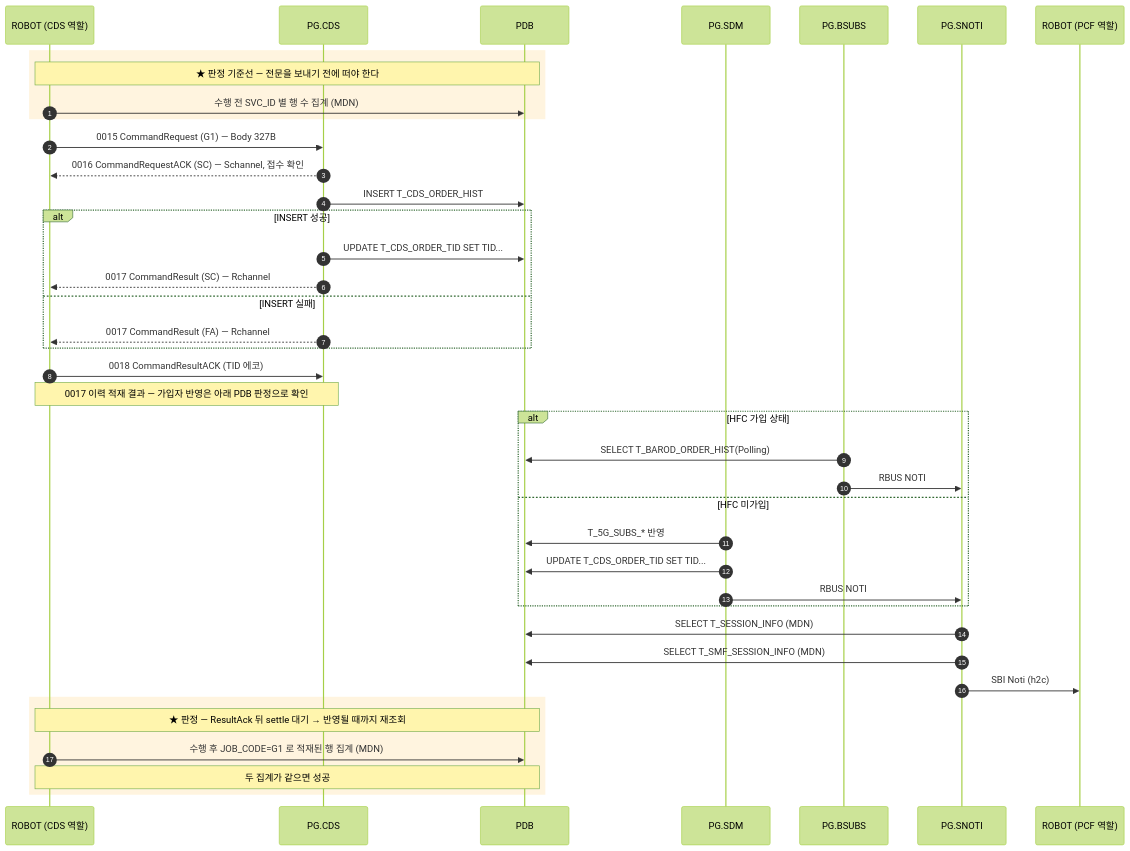
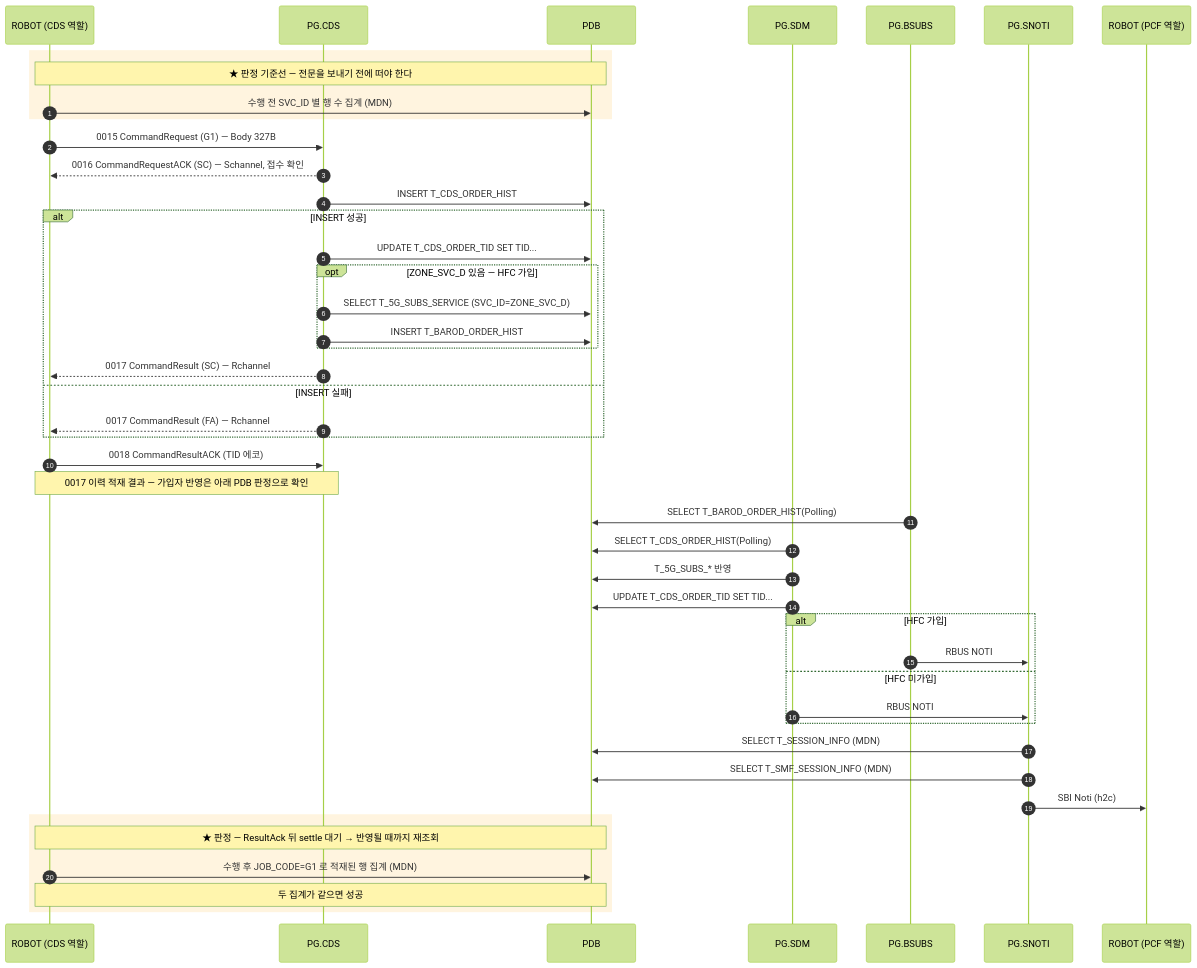
The diagram in docs/callflow/CDS_G1.md (IanKim2030/tc4robot), drawn with Mermaid (forest theme) before and after one commit. The commit also changed 6 other files, not shown here.

First line of the commit message:
docs: HFC 지시를 PG.CDS 로 옮기고 C1/G1/D3/Z1 을 한 갈래로

````diff
--- a/docs/callflow/CDS_G1.md
+++ b/docs/callflow/CDS_G1.md
@@ -17,44 +17,49 @@
 ```mermaid
 sequenceDiagram
     autonumber
     participant TOOL as ROBOT (CDS 역할)
     participant PCDS as PG.CDS
     participant PDB as PDB
     participant SDM as PG.SDM
     participant BSUBS as PG.BSUBS
     participant SNOTI as PG.SNOTI
     participant PCF as ROBOT (PCF 역할)
 
     rect rgba(255, 176, 32, 0.14)
     Note over TOOL,PDB: ★ 판정 기준선 — 전문을 보내기 전에 떠야 한다
         TOOL->>PDB: 수행 전 SVC_ID 별 행 수 집계 (MDN)
     end
     TOOL->>PCDS: 0015 CommandRequest (G1) — Body 327B
     PCDS-->>TOOL: 0016 CommandRequestACK (SC) — Schannel, 접수 확인
     PCDS->>PDB: INSERT T_CDS_ORDER_HIST
     alt INSERT 성공
         PCDS->>PDB: UPDATE T_CDS_ORDER_TID SET TID...
+        opt ZONE_SVC_D 있음 — HFC 가입
+            PCDS->>PDB: SELECT T_5G_SUBS_SERVICE (SVC_ID=ZONE_SVC_D)
+            PCDS->>PDB: INSERT T_BAROD_ORDER_HIST
+        end
         PCDS-->>TOOL: 0017 CommandResult (SC) — Rchannel
     else INSERT 실패
         PCDS-->>TOOL: 0017 CommandResult (FA) — Rchannel
     end
     TOOL->>PCDS: 0018 CommandResultACK (TID 에코)
     Note over TOOL,PCDS: 0017 이력 적재 결과 — 가입자 반영은 아래 PDB 판정으로 확인
 
-    alt HFC 가입 상태
-        BSUBS->>PDB: SELECT T_BAROD_ORDER_HIST(Polling)
+    BSUBS->>PDB: SELECT T_BAROD_ORDER_HIST(Polling)
+    SDM->>PDB: SELECT T_CDS_ORDER_HIST(Polling)
+    SDM->>PDB: T_5G_SUBS_* 반영
+    SDM->>PDB: UPDATE T_CDS_ORDER_TID SET TID...
+    alt HFC 가입
         BSUBS->>SNOTI: RBUS NOTI
     else HFC 미가입
-        SDM->>PDB: T_5G_SUBS_* 반영
-        SDM->>PDB: UPDATE T_CDS_ORDER_TID SET TID...
         SDM->>SNOTI: RBUS NOTI
     end
     SNOTI->>PDB: SELECT T_SESSION_INFO (MDN)
     SNOTI->>PDB: SELECT T_SMF_SESSION_INFO (MDN)
     SNOTI->>PCF: SBI Noti (h2c)
     rect rgba(255, 176, 32, 0.14)
     Note over TOOL,PDB: ★ 판정 — ResultAck 뒤 settle 대기 → 반영될 때까지 재조회
         TOOL->>PDB: 수행 후 JOB_CODE=G1 로 적재된 행 집계 (MDN)
         Note over TOOL,PDB: 두 집계가 같으면 성공
     end
 ```
````
